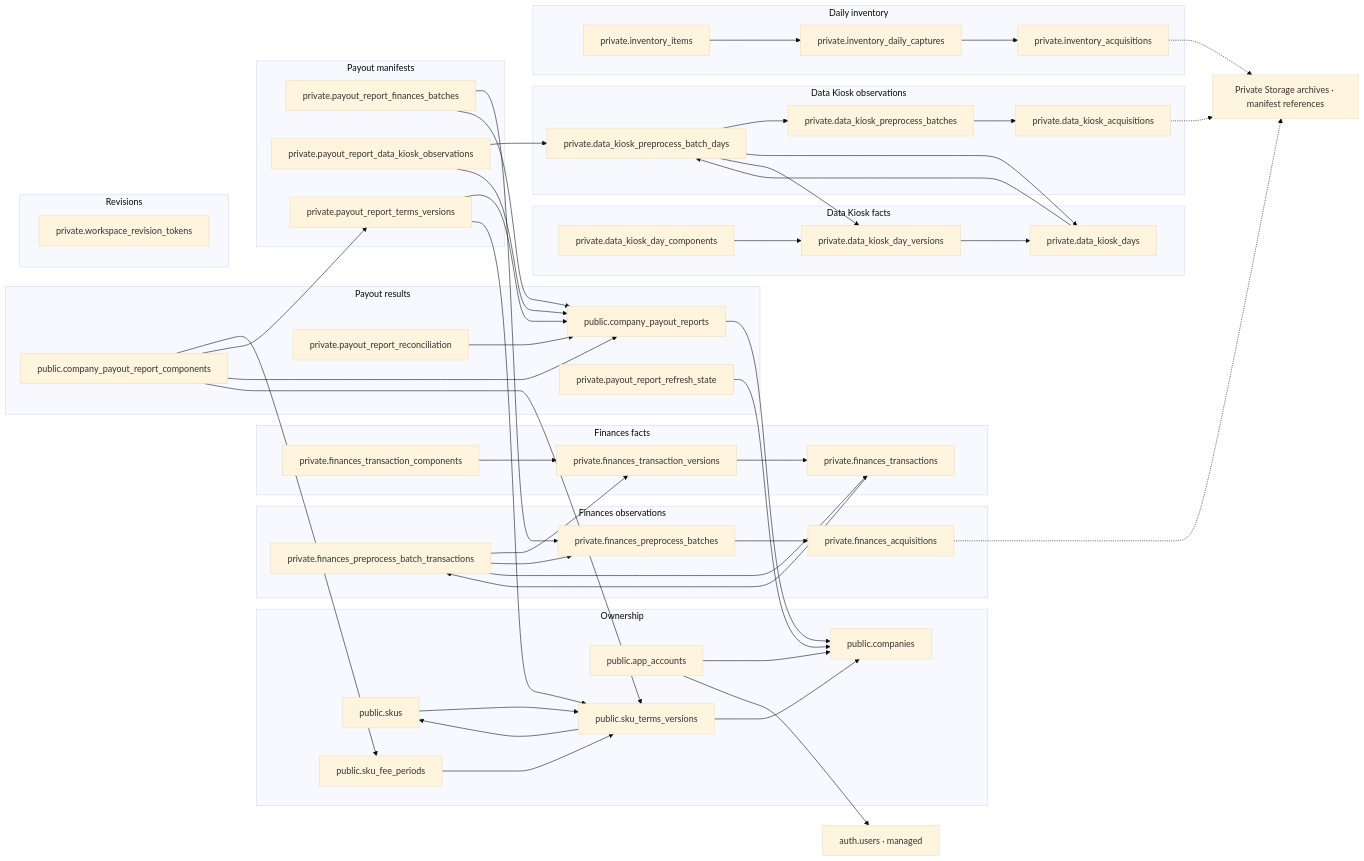
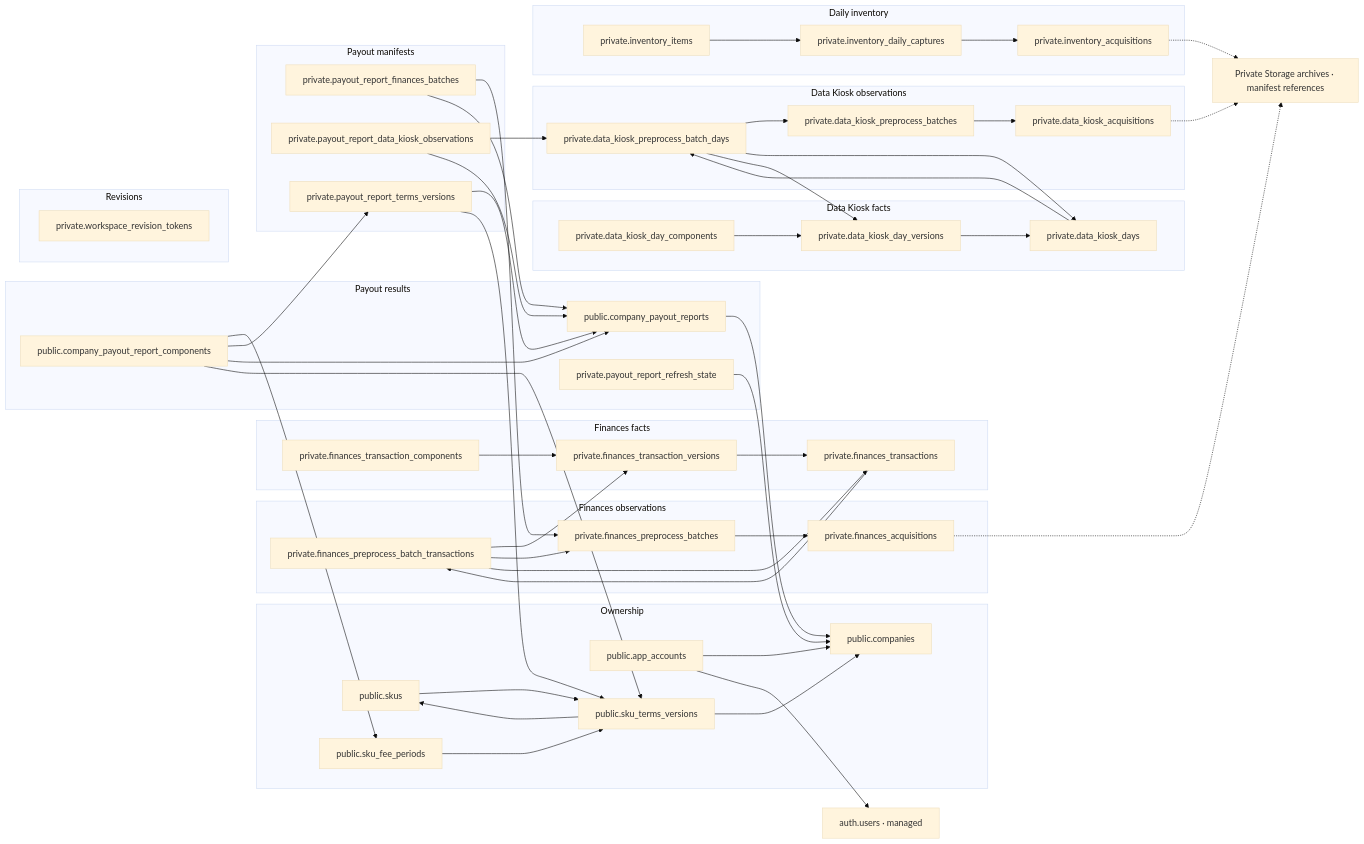
Before and after one commit to qwercxzsda/A-SelBox: the diagram in docs/figures/database/01-overview.mmd, drawn with Mermaid (base theme). The commit also changed 121 other files, not shown here.

First line of the commit message:
refactor: move reconciliation to frontend and simplify payout diagnostics

```diff
--- a/docs/figures/database/01-overview.mmd
+++ b/docs/figures/database/01-overview.mmd
@@ -1,87 +1,85 @@
 flowchart LR
     auth_users["auth.users · managed"]
     ARCHIVES["Private Storage archives · manifest references"]
     subgraph GROUP_0["Ownership"]
         public_companies["public.companies"]
         public_app_accounts["public.app_accounts"]
         public_skus["public.skus"]
         public_sku_terms_versions["public.sku_terms_versions"]
         public_sku_fee_periods["public.sku_fee_periods"]
     end
     subgraph GROUP_1["Finances observations"]
         private_finances_acquisitions["private.finances_acquisitions"]
         private_finances_preprocess_batches["private.finances_preprocess_batches"]
         private_finances_preprocess_batch_transactions["private.finances_preprocess_batch_transactions"]
     end
     subgraph GROUP_2["Finances facts"]
         private_finances_transactions["private.finances_transactions"]
         private_finances_transaction_versions["private.finances_transaction_versions"]
         private_finances_transaction_components["private.finances_transaction_components"]
     end
     subgraph GROUP_3["Data Kiosk observations"]
         private_data_kiosk_acquisitions["private.data_kiosk_acquisitions"]
         private_data_kiosk_preprocess_batches["private.data_kiosk_preprocess_batches"]
         private_data_kiosk_preprocess_batch_days["private.data_kiosk_preprocess_batch_days"]
     end
     subgraph GROUP_4["Data Kiosk facts"]
         private_data_kiosk_days["private.data_kiosk_days"]
         private_data_kiosk_day_versions["private.data_kiosk_day_versions"]
         private_data_kiosk_day_components["private.data_kiosk_day_components"]
     end
     subgraph GROUP_5["Payout results"]
         public_company_payout_reports["public.company_payout_reports"]
         public_company_payout_report_components["public.company_payout_report_components"]
-        private_payout_report_reconciliation["private.payout_report_reconciliation"]
         private_payout_report_refresh_state["private.payout_report_refresh_state"]
     end
     subgraph GROUP_6["Payout manifests"]
         private_payout_report_finances_batches["private.payout_report_finances_batches"]
         private_payout_report_data_kiosk_observations["private.payout_report_data_kiosk_observations"]
         private_payout_report_terms_versions["private.payout_report_terms_versions"]
     end
     subgraph GROUP_7["Revisions"]
         private_workspace_revision_tokens["private.workspace_revision_tokens"]
     end
     subgraph GROUP_8["Daily inventory"]
         private_inventory_acquisitions["private.inventory_acquisitions"]
         private_inventory_daily_captures["private.inventory_daily_captures"]
         private_inventory_items["private.inventory_items"]
     end
     private_data_kiosk_acquisitions -.-> ARCHIVES
     private_data_kiosk_day_components --> private_data_kiosk_day_versions
     private_data_kiosk_day_versions --> private_data_kiosk_days
     private_data_kiosk_days --> private_data_kiosk_preprocess_batch_days
     private_data_kiosk_preprocess_batch_days --> private_data_kiosk_preprocess_batches
     private_data_kiosk_preprocess_batch_days --> private_data_kiosk_days
     private_data_kiosk_preprocess_batch_days --> private_data_kiosk_day_versions
     private_data_kiosk_preprocess_batches --> private_data_kiosk_acquisitions
     private_finances_acquisitions -.-> ARCHIVES
     private_finances_preprocess_batch_transactions --> private_finances_transaction_versions
     private_finances_preprocess_batch_transactions --> private_finances_preprocess_batches
     private_finances_preprocess_batch_transactions --> private_finances_transactions
     private_finances_preprocess_batches --> private_finances_acquisitions
     private_finances_transaction_components --> private_finances_transaction_versions
     private_finances_transaction_versions --> private_finances_transactions
     private_finances_transactions --> private_finances_preprocess_batch_transactions
     private_inventory_acquisitions -.-> ARCHIVES
     private_inventory_daily_captures --> private_inventory_acquisitions
     private_inventory_items --> private_inventory_daily_captures
     private_payout_report_data_kiosk_observations --> private_data_kiosk_preprocess_batch_days
     private_payout_report_data_kiosk_observations --> public_company_payout_reports
     private_payout_report_finances_batches --> private_finances_preprocess_batches
     private_payout_report_finances_batches --> public_company_payout_reports
-    private_payout_report_reconciliation --> public_company_payout_reports
     private_payout_report_refresh_state --> public_companies
     private_payout_report_terms_versions --> public_company_payout_reports
     private_payout_report_terms_versions --> public_sku_terms_versions
     public_app_accounts --> public_companies
     public_app_accounts --> auth_users
     public_company_payout_report_components --> public_sku_fee_periods
     public_company_payout_report_components --> private_payout_report_terms_versions
     public_company_payout_report_components --> public_company_payout_reports
     public_company_payout_report_components --> public_sku_terms_versions
     public_company_payout_reports --> public_companies
     public_sku_fee_periods --> public_sku_terms_versions
     public_sku_terms_versions --> public_companies
     public_sku_terms_versions --> public_skus
     public_skus --> public_sku_terms_versions
```
